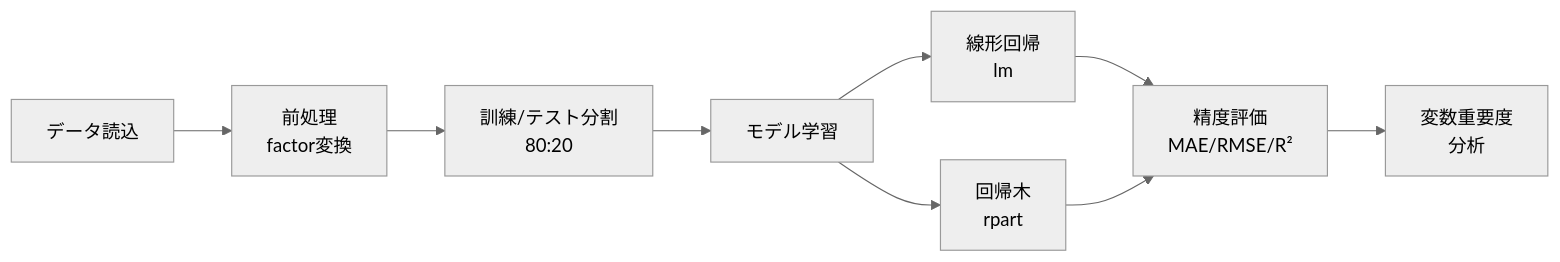
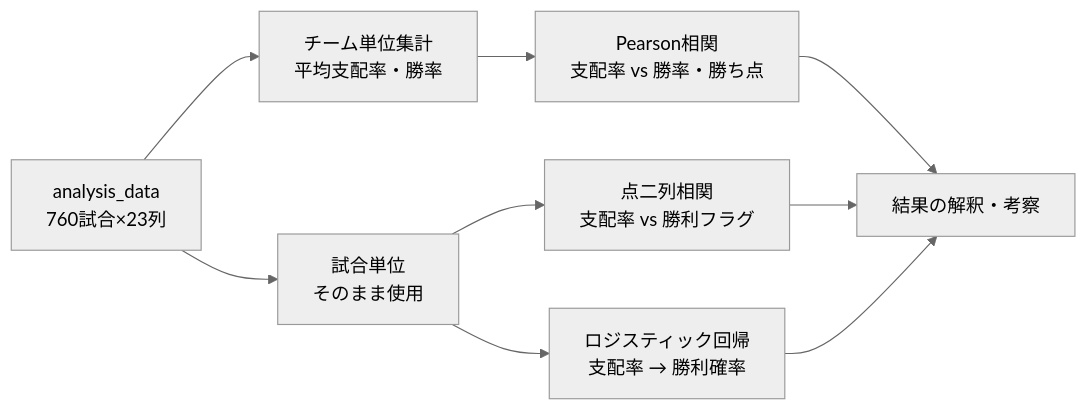
Before and after one commit to s24110016/seminar-research: the diagram in 03_分析手法.qmd, drawn with Mermaid (neutral theme). The commit also changed other lines of this file and 32 other files, not shown here.

````diff
--- a/03_分析手法.qmd
+++ b/03_分析手法.qmd
@@ -102,13 +87,13 @@
 ```{mermaid}
 %%| label: fig-pipeline
 %%| fig-cap: "分析パイプライン"
 flowchart LR
-    A[データ読込] --> B[前処理<br>factor変換]
-    B --> C[訓練/テスト分割<br>80:20]
-    C --> D[モデル学習]
-    D --> E1[線形回帰<br>lm]
-    D --> E2[回帰木<br>rpart]
-    E1 --> F[精度評価<br>MAE/RMSE/R²]
-    E2 --> F
-    F --> G[変数重要度<br>分析]
+    A[analysis_data<br>760試合×23列] --> B[チーム単位集計<br>平均支配率・勝率]
+    A --> C[試合単位<br>そのまま使用]
+    B --> D[Pearson相関<br>支配率 vs 勝率・勝ち点]
+    C --> E[点二列相関<br>支配率 vs 勝利フラグ]
+    C --> F[ロジスティック回帰<br>支配率 → 勝利確率]
+    D --> G[結果の解釈・考察]
+    E --> G
+    F --> G
 ```
````
